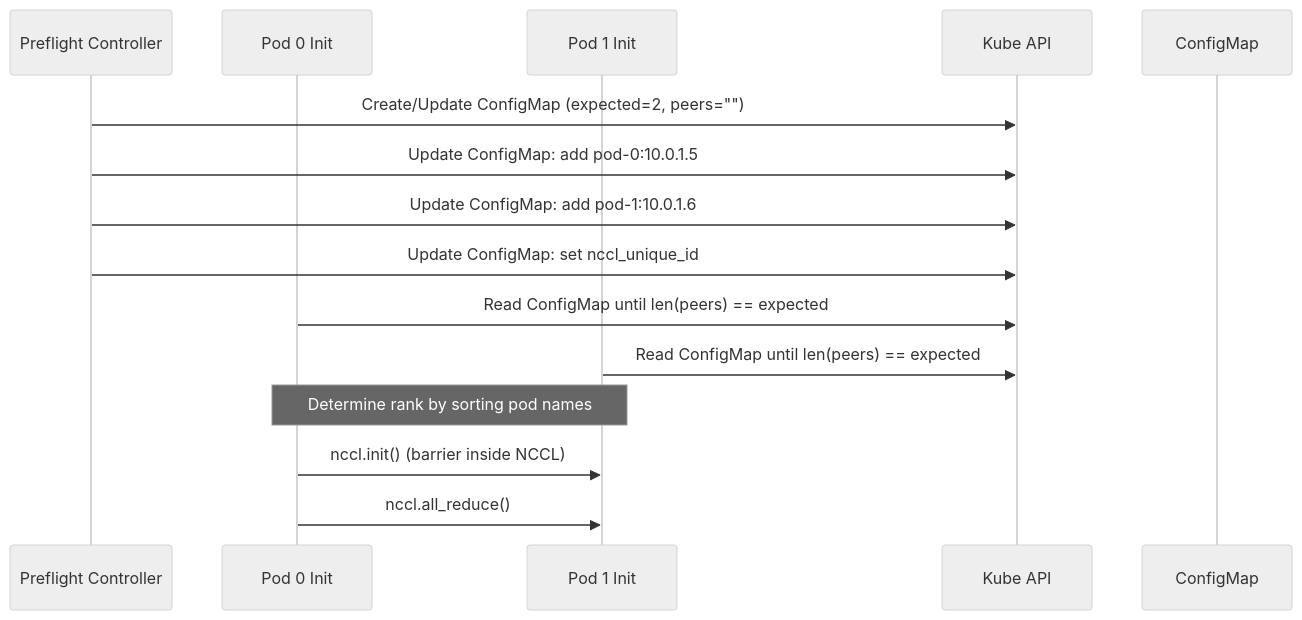
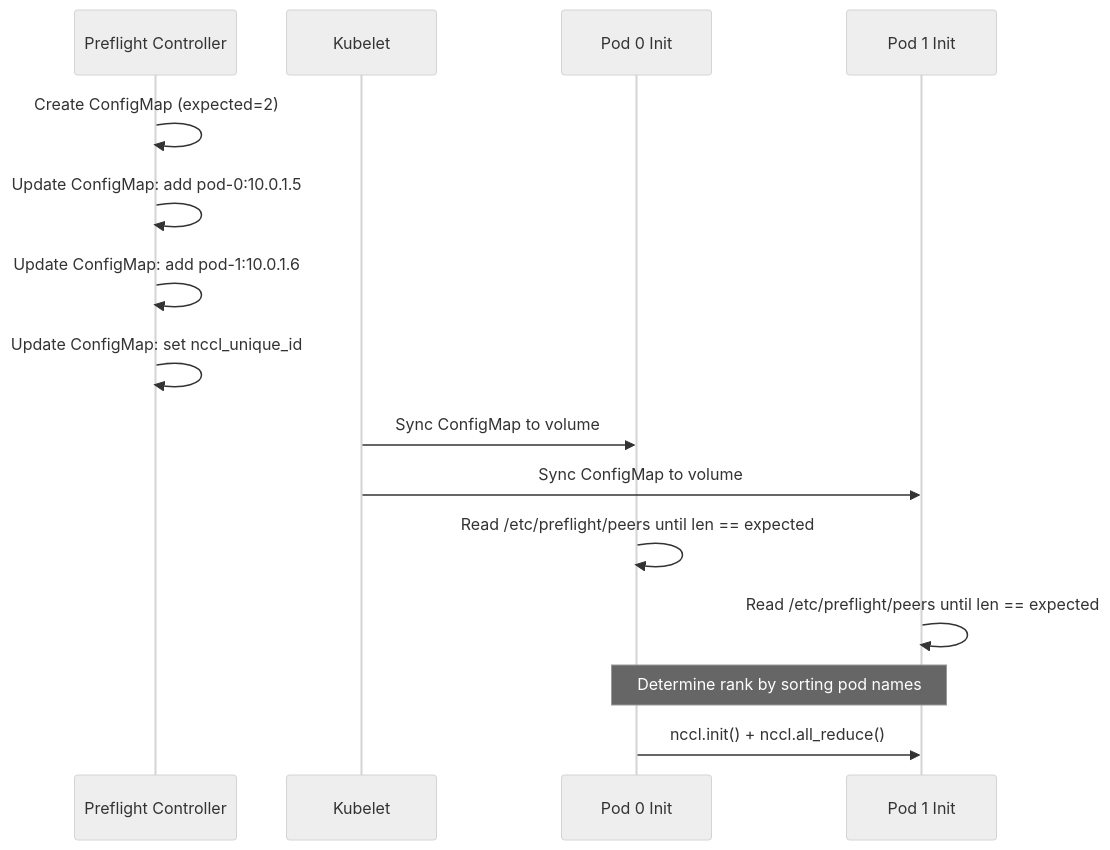
The second of 2 diagrams in docs/designs/026-preflight-checks.md (XRFXLP/NVSentinel), drawn with Mermaid (neutral theme) before and after one commit. The commit also changed other lines of this file, not shown here.

````diff
--- a/docs/designs/026-preflight-checks.md
+++ b/docs/designs/026-preflight-checks.md
@@ -315,21 +319,22 @@
 ```mermaid
 sequenceDiagram
     participant C as Preflight Controller
+    participant K as Kubelet
     participant P0 as Pod 0 Init
     participant P1 as Pod 1 Init
-    participant API as Kube API
-    participant CM as ConfigMap
 
-    C->>API: Create/Update ConfigMap (expected=2, peers="")
-    C->>API: Update ConfigMap: add pod-0:10.0.1.5
-    C->>API: Update ConfigMap: add pod-1:10.0.1.6
-    C->>API: Update ConfigMap: set nccl_unique_id
+    C->>C: Create ConfigMap (expected=2)
+    C->>C: Update ConfigMap: add pod-0:10.0.1.5
+    C->>C: Update ConfigMap: add pod-1:10.0.1.6
+    C->>C: Update ConfigMap: set nccl_unique_id
 
-    P0->>API: Read ConfigMap until len(peers) == expected
-    P1->>API: Read ConfigMap until len(peers) == expected
+    K->>P0: Sync ConfigMap to volume
+    K->>P1: Sync ConfigMap to volume
+
+    P0->>P0: Read /etc/preflight/peers until len == expected
+    P1->>P1: Read /etc/preflight/peers until len == expected
 
     Note over P0,P1: Determine rank by sorting pod names
 
-    P0->>P1: nccl.init() (barrier inside NCCL)
-    P0->>P1: nccl.all_reduce()
+    P0->>P1: nccl.init() + nccl.all_reduce()
 ```
````
